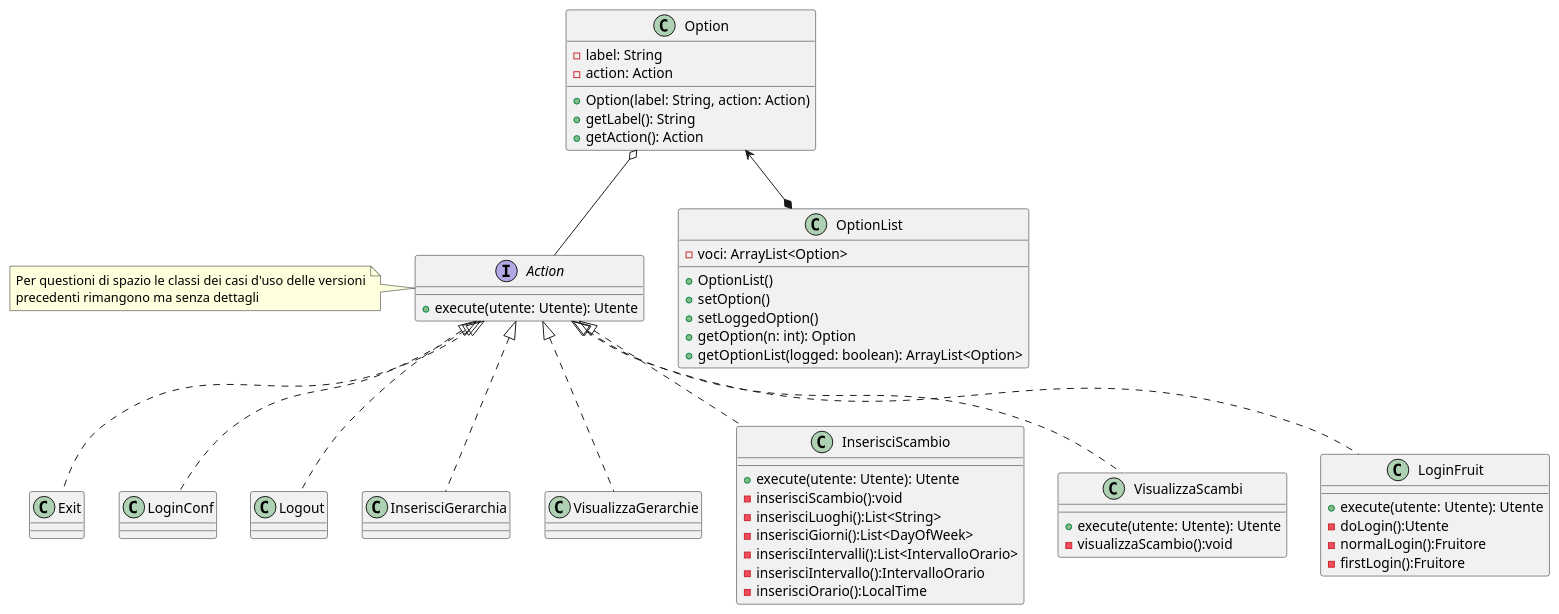
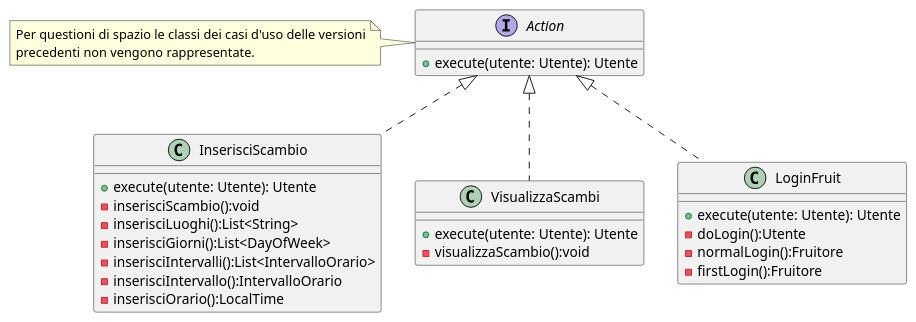
One commit to bernagit/IngegneriaSoftware changed the diagram in Documentation/Ver2/controller.puml. Above: the diagram before and after it, drawn with PlantUML. The commit also changed 14 other files, not shown here.

```diff
--- a/Documentation/Ver2/controller.puml
+++ b/Documentation/Ver2/controller.puml
@@ -1,67 +1,37 @@
 @startuml controller
 
 
 
 interface Action{
     +execute(utente: Utente): Utente
 }
 
 note left of Action
     Per questioni di spazio le classi dei casi d'uso delle versioni
-    precedenti rimangono ma senza dettagli
+    precedenti non vengono rappresentate.
 endnote
-
-class Option{
-    -label: String
-    -action: Action
-    +Option(label: String, action: Action)
-    +getLabel(): String
-    +getAction(): Action
-}
-
-class OptionList{
-    -voci: ArrayList<Option>
-    +OptionList()
-    +setOption()
-    +setLoggedOption()
-    +getOption(n: int): Option
-    +getOptionList(logged: boolean): ArrayList<Option>
-}
-
-Option <--* OptionList
-Option o-- Action
-
-class Exit implements Action{}
-
-class LoginConf implements Action{}
-
-class Logout implements Action{}
-
-class InserisciGerarchia implements Action{}
-
-class VisualizzaGerarchie implements Action{}
 
 class InserisciScambio implements Action{
     +execute(utente: Utente): Utente
     -inserisciScambio():void
     -inserisciLuoghi():List<String>
     -inserisciGiorni():List<DayOfWeek>
     -inserisciIntervalli():List<IntervalloOrario>
     -inserisciIntervallo():IntervalloOrario
     -inserisciOrario():LocalTime
 
 }
 
 class VisualizzaScambi implements Action{
     +execute(utente: Utente): Utente
     -visualizzaScambio():void
 }
 
 class LoginFruit implements Action{
     +execute(utente: Utente): Utente
     -doLogin():Utente
     -normalLogin():Fruitore
     -firstLogin():Fruitore
 }
 
 @enduml
```
